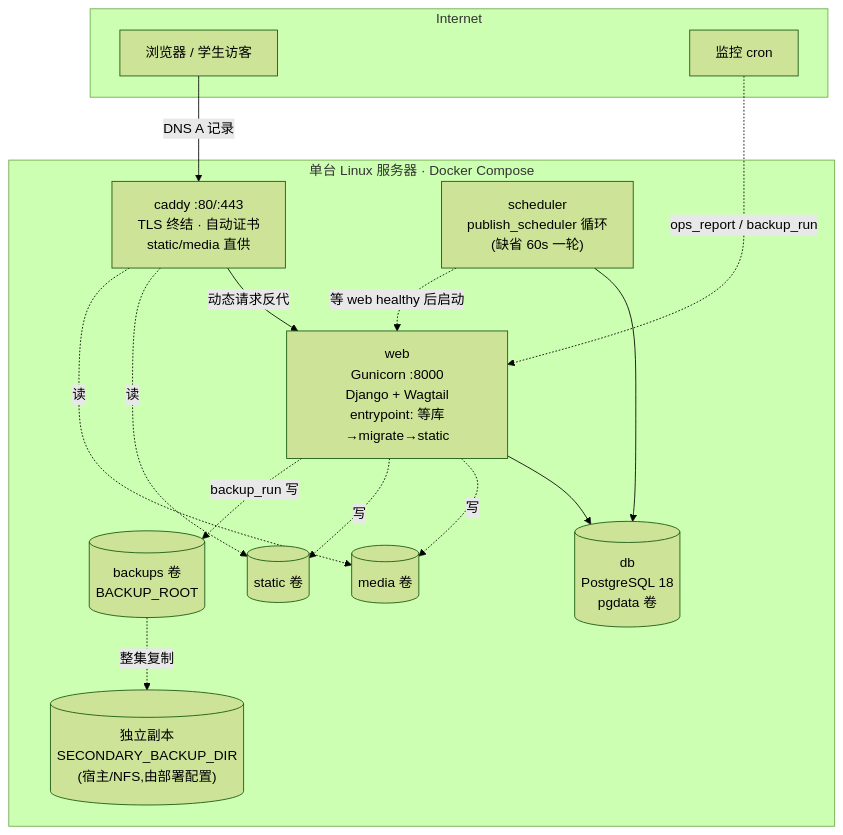
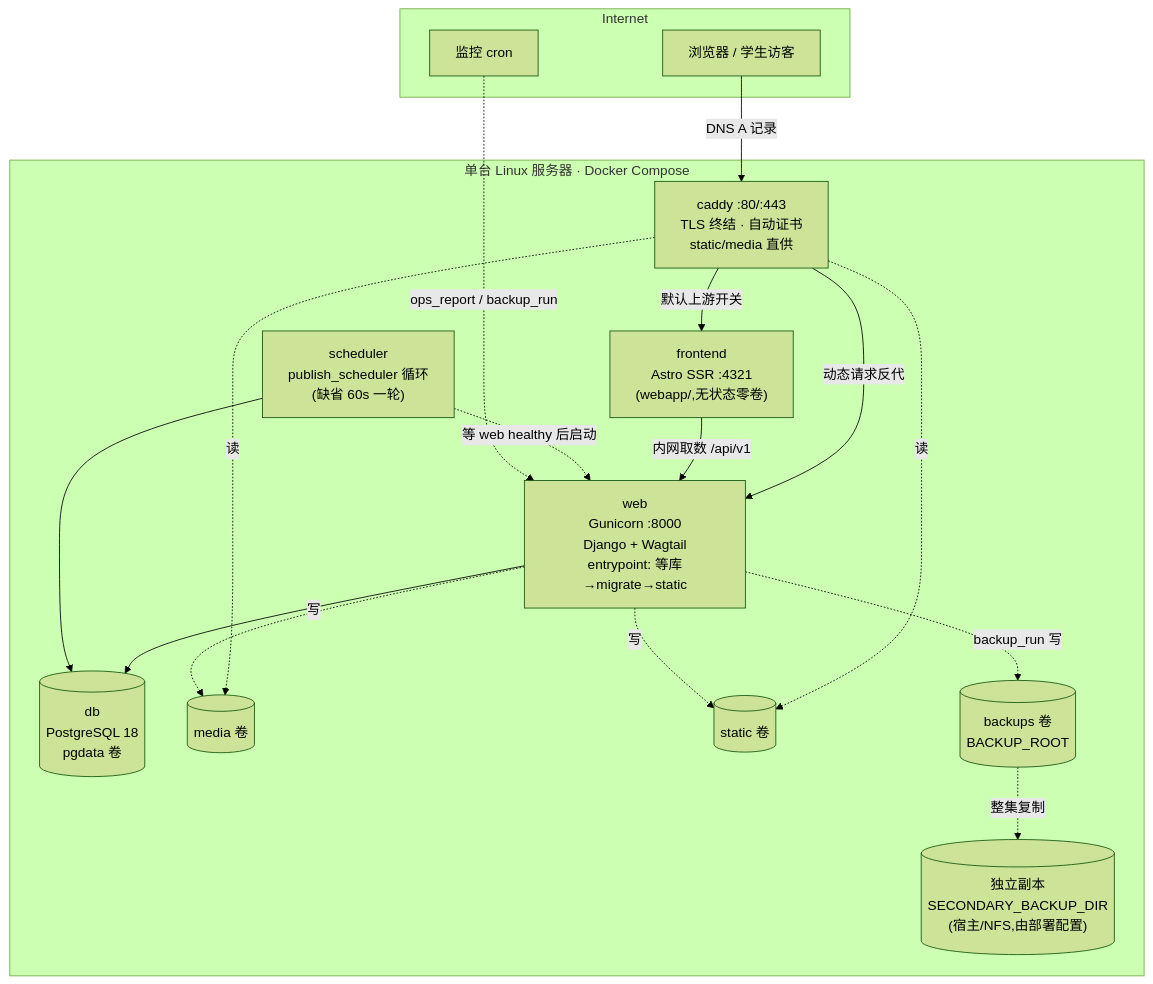
One commit to luehunnie/peiligo changed the diagram in docs/guides/TECHNICAL_ARCHITECTURE_GUIDE.md. Above: the diagram before and after it, drawn with Mermaid (forest theme). The commit also changed other lines of this file and 5 other files, not shown here.

````diff
--- a/docs/guides/TECHNICAL_ARCHITECTURE_GUIDE.md
+++ b/docs/guides/TECHNICAL_ARCHITECTURE_GUIDE.md
@@ -36,29 +36,32 @@
 ```mermaid
 flowchart TB
     subgraph Internet
         U[浏览器 / 学生访客]
         M[监控 cron]
     end
     U -->|DNS A 记录| CADDY
     subgraph "单台 Linux 服务器 · Docker Compose"
         CADDY["caddy :80/:443<br/>TLS 终结 · 自动证书<br/>static/media 直供"]
         WEB["web<br/>Gunicorn :8000<br/>Django + Wagtail<br/>entrypoint: 等库→migrate→static"]
+        FE["frontend<br/>Astro SSR :4321<br/>(webapp/,无状态零卷)"]
         SCH["scheduler<br/>publish_scheduler 循环<br/>(缺省 60s 一轮)"]
         DB[("db<br/>PostgreSQL 18<br/>pgdata 卷")]
         VM[("media 卷")]
         VS[("static 卷")]
         VB[("backups 卷<br/>BACKUP_ROOT")]
         V2[("独立副本<br/>SECONDARY_BACKUP_DIR<br/>(宿主/NFS,由部署配置)")]
     end
     CADDY -->|动态请求反代| WEB
+    CADDY -->|默认上游开关| FE
+    FE -->|内网取数 /api/v1| WEB
     CADDY -.->|读| VS
     CADDY -.->|读| VM
     WEB --> DB
     SCH --> DB
     SCH -.->|等 web healthy 后启动| WEB
     WEB -.->|写| VM
     WEB -.->|写| VS
     WEB -.->|backup_run 写| VB
     VB -.->|整集复制| V2
     M -.->|ops_report / backup_run| WEB
 ```
````
